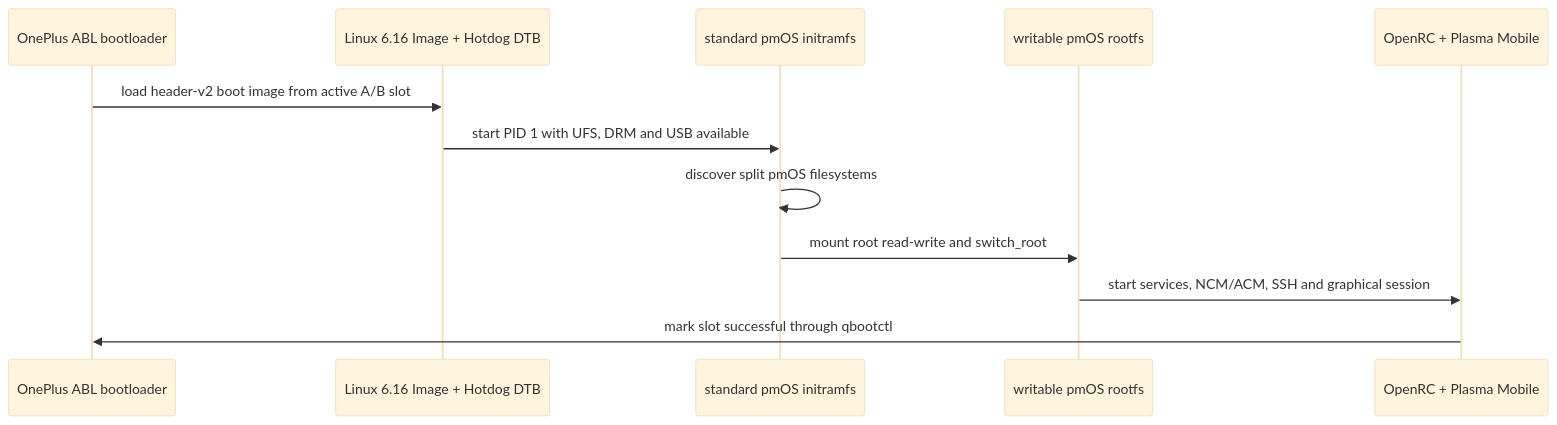
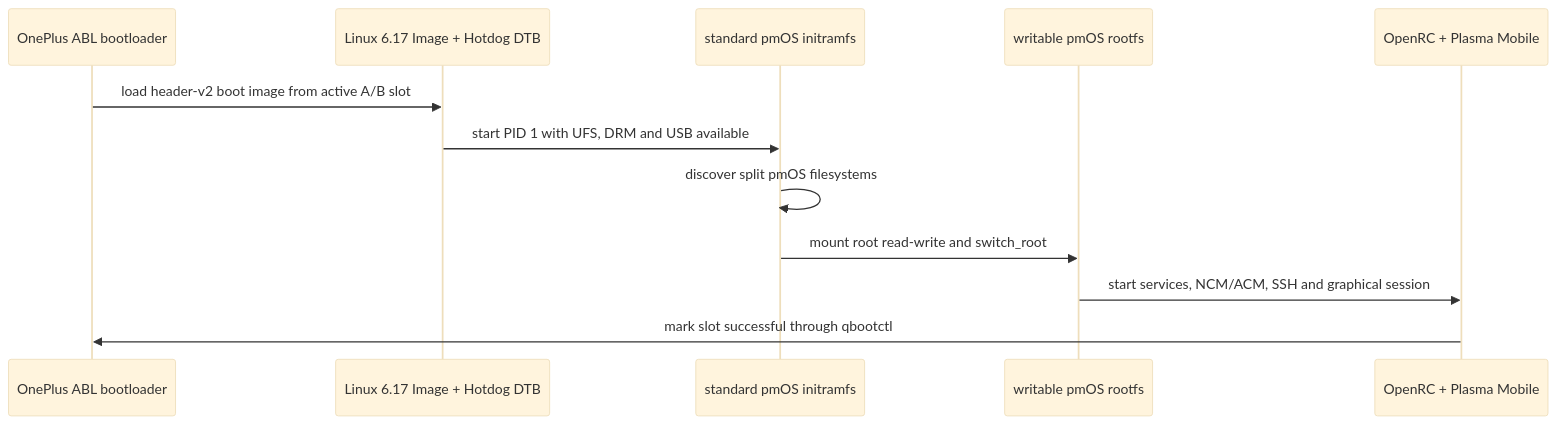
One commit to Sr-0w/hotdog-linux-bringup changed the diagram in docs/boot-flow.md. Above: the diagram before and after it, drawn with Mermaid (base theme). The commit also changed other lines of this file and 5 other files, not shown here.

````diff
--- a/docs/boot-flow.md
+++ b/docs/boot-flow.md
@@ -10,15 +10,15 @@
 ```mermaid
 sequenceDiagram
     participant BL as OnePlus ABL bootloader
-    participant K as Linux 6.16 Image + Hotdog DTB
+    participant K as Linux 6.17 Image + Hotdog DTB
     participant IR as standard pmOS initramfs
     participant RF as writable pmOS rootfs
     participant UI as OpenRC + Plasma Mobile
 
     BL->>K: load header-v2 boot image from active A/B slot
     K->>IR: start PID 1 with UFS, DRM and USB available
     IR->>IR: discover split pmOS filesystems
     IR->>RF: mount root read-write and switch_root
     RF->>UI: start services, NCM/ACM, SSH and graphical session
     UI->>BL: mark slot successful through qbootctl
 ```
````
